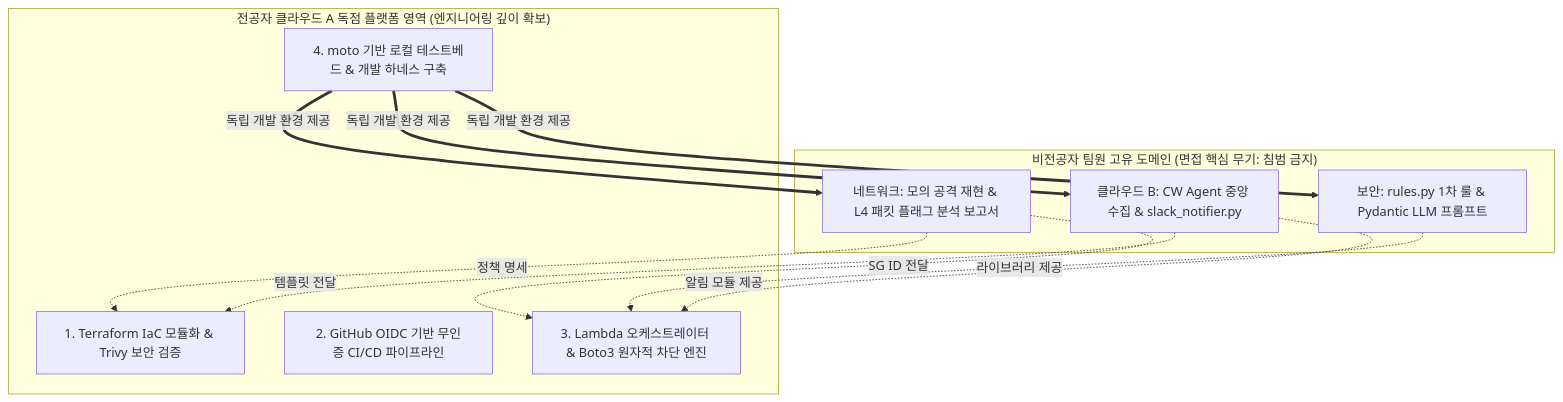
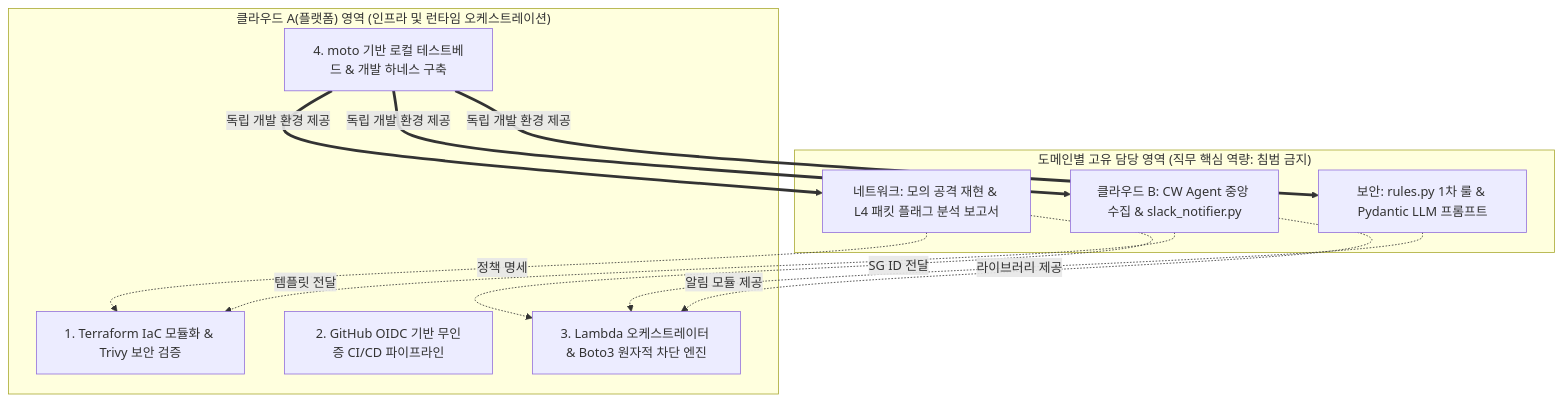
The diagram in docs/project-memory.md (mmmphyun/aleph-project), drawn with Mermaid before and after one commit. The commit also changed other lines of this file and 38 other files, not shown here.

````diff
--- a/docs/project-memory.md
+++ b/docs/project-memory.md
@@ -22,25 +22,25 @@
 ```mermaid
 flowchart TD
-    subgraph S1 ["비전공자 팀원 고유 도메인 (면접 핵심 무기: 침범 금지)"]
+    subgraph S1 ["도메인별 고유 담당 영역 (직무 핵심 역량: 침범 금지)"]
         NET["네트워크: 모의 공격 재현 & L4 패킷 플래그 분석 보고서"]
         SEC["보안: rules.py 1차 룰 & Pydantic LLM 프롬프트"]
         CLB["클라우드 B: CW Agent 중앙 수집 & slack_notifier.py"]
     end
 
-    subgraph S2 ["전공자 클라우드 A 독점 플랫폼 영역 (엔지니어링 깊이 확보)"]
+    subgraph S2 ["클라우드 A(플랫폼) 영역 (인프라 및 런타임 오케스트레이션)"]
         TF["1. Terraform IaC 모듈화 & Trivy 보안 검증"]
         CICD["2. GitHub OIDC 기반 무인증 CI/CD 파이프라인"]
         ORCH["3. Lambda 오케스트레이터 & Boto3 원자적 차단 엔진"]
         HARNESS["4. moto 기반 로컬 테스트베드 & 개발 하네스 구축"]
     end
 
     NET -.->|정책 명세| TF
     NET -.->|SG ID 전달| ORCH
     SEC -.->|라이브러리 제공| ORCH
     CLB -.->|템플릿 전달| TF
     CLB -.->|알림 모듈 제공| ORCH
 
     HARNESS ==>|독립 개발 환경 제공| NET
     HARNESS ==>|독립 개발 환경 제공| SEC
     HARNESS ==>|독립 개발 환경 제공| CLB
 ```
````
